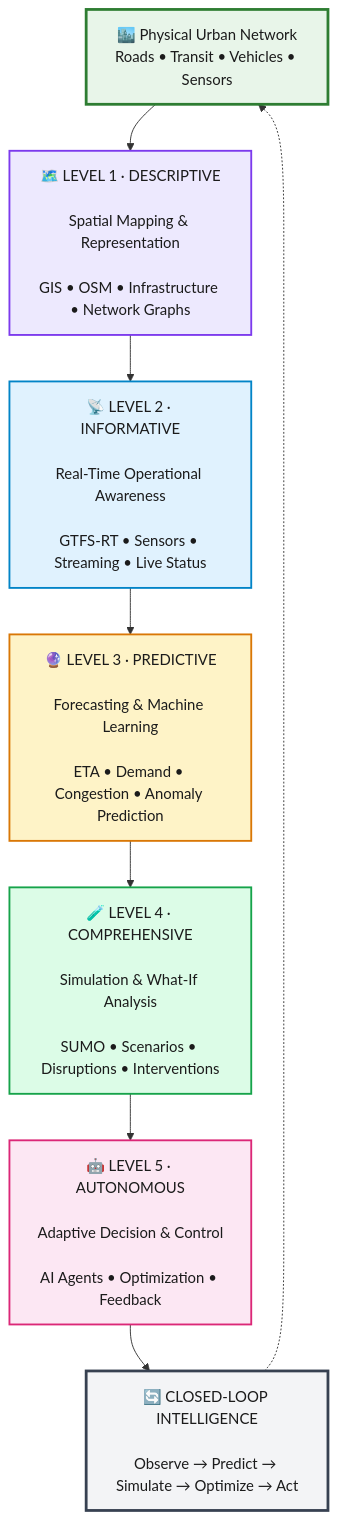
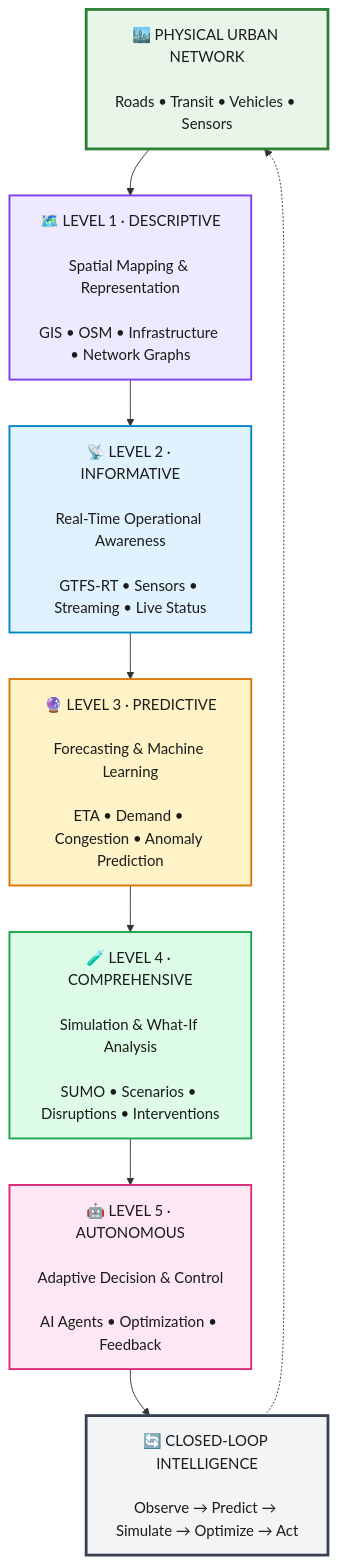
One commit to phamdps/transport-digital-twin changed the first of 5 diagrams in README.md. Above: the diagram before and after it, drawn with Mermaid. The commit also changed other lines of this file, not shown here.

````diff
--- a/README.md
+++ b/README.md
@@ -46,41 +46,41 @@
 ```mermaid
 flowchart TB
 
-    CITY["🏙️ Physical Urban Network<br/>Roads • Transit • Vehicles • Sensors"]
+    CITY["🏙️ PHYSICAL URBAN NETWORK<br/><br/>Roads • Transit • Vehicles • Sensors"]
 
     L1["🗺️ LEVEL 1 · DESCRIPTIVE<br/><br/>Spatial Mapping & Representation<br/><br/>GIS • OSM • Infrastructure • Network Graphs"]
 
     L2["📡 LEVEL 2 · INFORMATIVE<br/><br/>Real-Time Operational Awareness<br/><br/>GTFS-RT • Sensors • Streaming • Live Status"]
 
     L3["🔮 LEVEL 3 · PREDICTIVE<br/><br/>Forecasting & Machine Learning<br/><br/>ETA • Demand • Congestion • Anomaly Prediction"]
 
     L4["🧪 LEVEL 4 · COMPREHENSIVE<br/><br/>Simulation & What-If Analysis<br/><br/>SUMO • Scenarios • Disruptions • Interventions"]
 
     L5["🤖 LEVEL 5 · AUTONOMOUS<br/><br/>Adaptive Decision & Control<br/><br/>AI Agents • Optimization • Feedback"]
 
     LOOP["🔄 CLOSED-LOOP INTELLIGENCE<br/><br/>Observe → Predict → Simulate → Optimize → Act"]
 
     CITY --> L1
     L1 --> L2
     L2 --> L3
     L3 --> L4
     L4 --> L5
     L5 --> LOOP
     LOOP -.-> CITY
 
     classDef physical fill:#e8f5e9,stroke:#2e7d32,stroke-width:3px,color:#1b1b1b;
     classDef level1 fill:#ede9fe,stroke:#7c3aed,stroke-width:2px,color:#1b1b1b;
     classDef level2 fill:#e0f2fe,stroke:#0284c7,stroke-width:2px,color:#1b1b1b;
     classDef level3 fill:#fef3c7,stroke:#d97706,stroke-width:2px,color:#1b1b1b;
     classDef level4 fill:#dcfce7,stroke:#16a34a,stroke-width:2px,color:#1b1b1b;
     classDef level5 fill:#fce7f3,stroke:#db2777,stroke-width:2px,color:#1b1b1b;
     classDef loop fill:#f3f4f6,stroke:#374151,stroke-width:3px,color:#1b1b1b;
 
     class CITY physical;
     class L1 level1;
     class L2 level2;
     class L3 level3;
     class L4 level4;
     class L5 level5;
     class LOOP loop;
 ```
````
